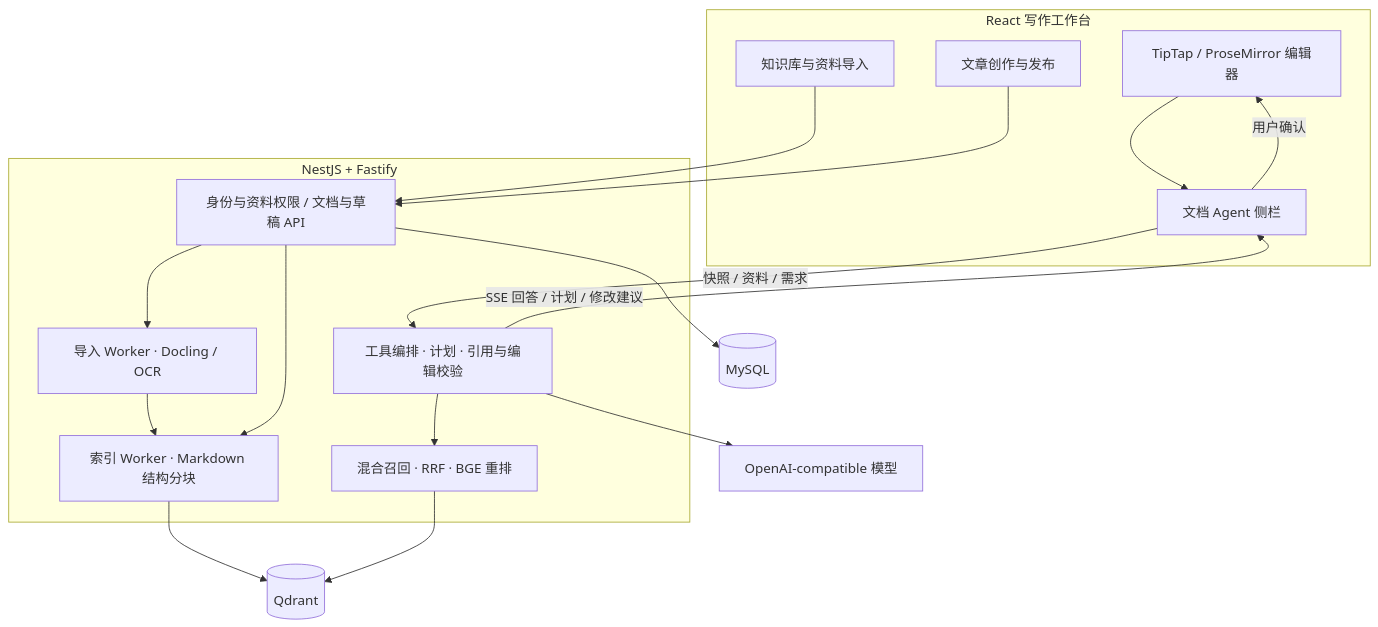
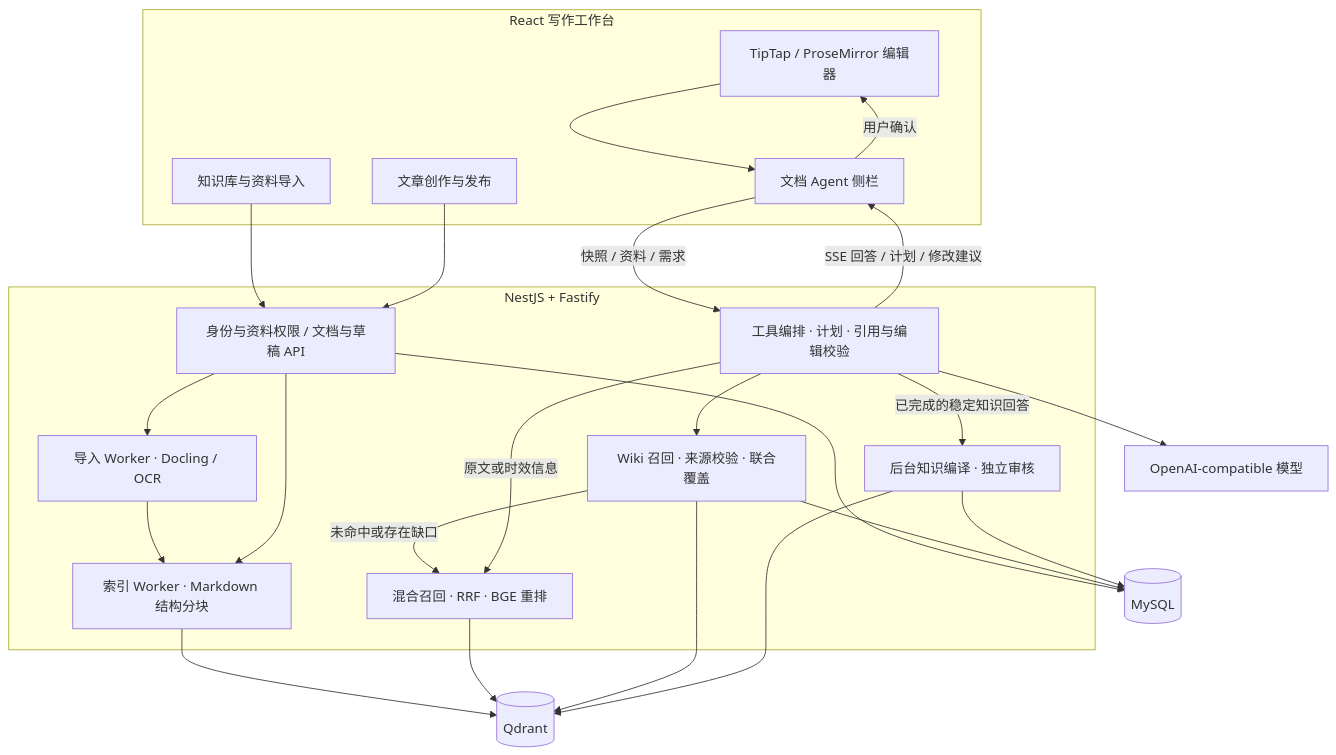
One commit to seren-spark/livedoc changed the fourth of 4 diagrams in README.md. Above: the diagram before and after it, drawn with Mermaid. The commit also changed other lines of this file and 22 other files, not shown here.

````diff
--- a/README.md
+++ b/README.md
@@ -278,32 +379,41 @@
 ```mermaid
 flowchart TB
   subgraph Frontend[React 写作工作台]
     KB[知识库与资料导入]
     Editor[TipTap / ProseMirror 编辑器]
     Panel[文档 Agent 侧栏]
     Publish[文章创作与发布]
   end
 
   subgraph Backend[NestJS + Fastify]
     API[身份与资料权限 / 文档与草稿 API]
     Import[导入 Worker · Docling / OCR]
     Index[索引 Worker · Markdown 结构分块]
     Search[混合召回 · RRF · BGE 重排]
+    Wiki[Wiki 召回 · 来源校验 · 联合覆盖]
+    Capture[后台知识编译 · 独立审核]
     Agent[工具编排 · 计划 · 引用与编辑校验]
   end
 
   KB --> API
   Publish --> API
   API --> Import
   Import --> Index
   API --> Index
   API --> MySQL[(MySQL)]
   Index --> Qdrant[(Qdrant)]
   Editor --> Panel
   Panel -->|快照 / 资料 / 需求| Agent
-  Agent --> Search
+  Agent --> Wiki
+  Wiki -->|未命中或存在缺口| Search
+  Agent -->|原文或时效信息| Search
   Search --> Qdrant
+  Wiki --> Qdrant
+  Wiki --> MySQL
+  Agent -->|已完成的稳定知识回答| Capture
+  Capture --> MySQL
+  Capture --> Qdrant
   Agent --> LLM[OpenAI-compatible 模型]
   Agent -->|SSE 回答 / 计划 / 修改建议| Panel
   Panel -->|用户确认| Editor
 ```
````
